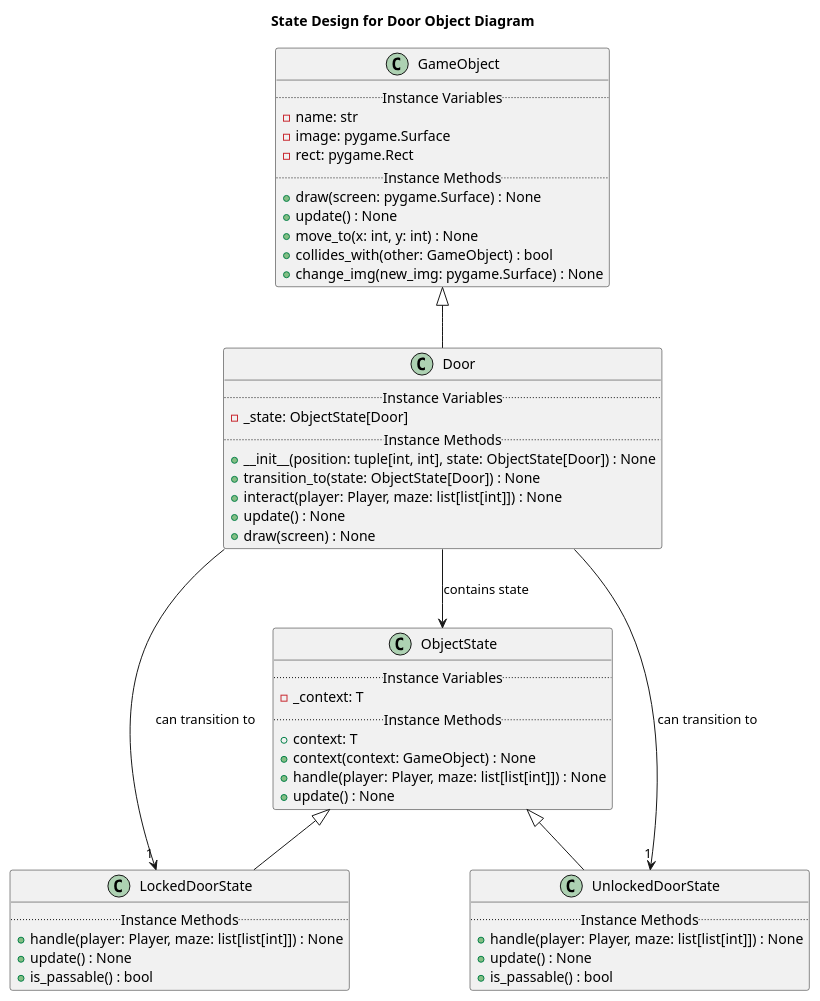
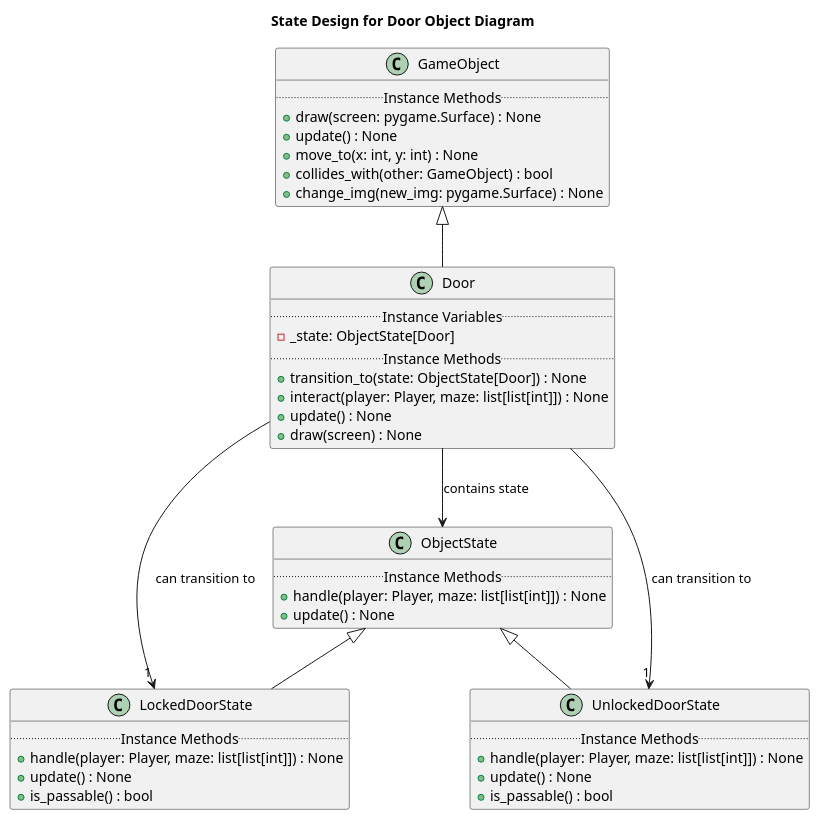
One commit to kmerickson/OOP-PuzzleMaze changed the diagram in Puzzle_Maze/uml/GameObjects/door_state_design.plantuml. Above: the diagram before and after it, drawn with PlantUML. The commit also changed 20 other files, not shown here.

Commit message:
added new uml diagrams

```diff
--- a/Puzzle_Maze/uml/GameObjects/door_state_design.plantuml
+++ b/Puzzle_Maze/uml/GameObjects/door_state_design.plantuml
@@ -1,59 +1,50 @@
 @startuml
 title "State Design for Door Object Diagram"
 
 class GameObject {
-    ..Instance Variables..
-    - name: str
-    - image: pygame.Surface
-    - rect: pygame.Rect
     ..Instance Methods..
     + draw(screen: pygame.Surface) : None
     + update() : None
     + move_to(x: int, y: int) : None
     + collides_with(other: GameObject) : bool
     + change_img(new_img: pygame.Surface) : None
 }
 
 class ObjectState {
-    ..Instance Variables..
-    - _context: T
     ..Instance Methods..
-    + context: T
-    + context(context: GameObject) : None
     + handle(player: Player, maze: list[list[int]]) : None
     + update() : None
 }
 
 class Door {
     ..Instance Variables..
     - _state: ObjectState[Door]
     ..Instance Methods..
-    + __init__(position: tuple[int, int], state: ObjectState[Door]) : None
     + transition_to(state: ObjectState[Door]) : None
     + interact(player: Player, maze: list[list[int]]) : None
     + update() : None
     + draw(screen) : None
 }
 
 class LockedDoorState {
     ..Instance Methods..
     + handle(player: Player, maze: list[list[int]]) : None
     + update() : None
     + is_passable() : bool
 }
 
 class UnlockedDoorState {
     ..Instance Methods..
     + handle(player: Player, maze: list[list[int]]) : None
     + update() : None
     + is_passable() : bool
 }
 
 GameObject <|-- Door
 ObjectState <|-- LockedDoorState
 ObjectState <|-- UnlockedDoorState
 Door --> ObjectState : "contains state"
 Door --> "1" LockedDoorState : "can transition to"
 Door --> "1" UnlockedDoorState : "can transition to"
 
 @enduml
```
